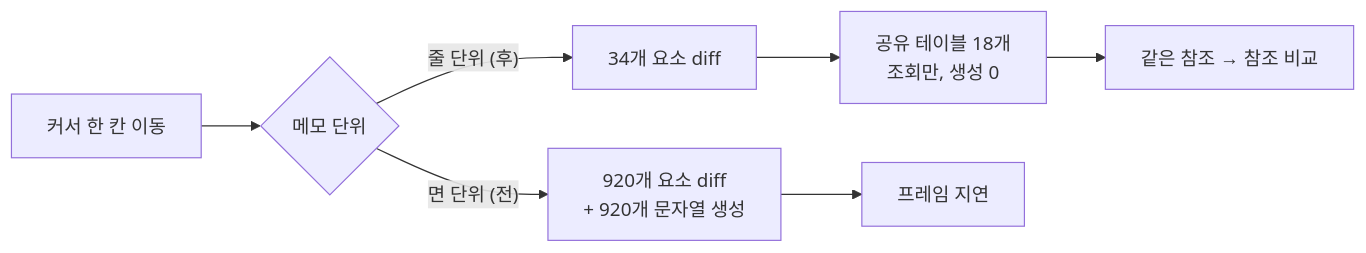
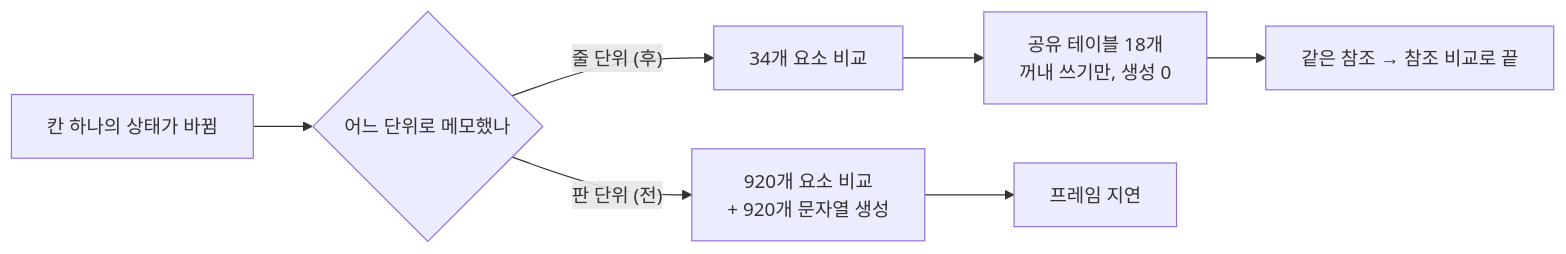
The diagram in _posts/2026-08-29-flyweight-grid-cell-class.md (Sadturtleman/sadturtleman.github.io), drawn with Mermaid before and after one commit. The commit also changed other lines of this file, not shown here.

````diff
--- a/_posts/2026-08-29-flyweight-grid-cell-class.md
+++ b/_posts/2026-08-29-flyweight-grid-cell-class.md
@@ -136,9 +145,9 @@
 ```mermaid
 flowchart LR
-    A["커서 한 칸 이동"] --> B{"메모 단위"}
-    B -->|"면 단위 (전)"| C["920개 요소 diff<br/>+ 920개 문자열 생성"]
-    B -->|"줄 단위 (후)"| D["34개 요소 diff"]
-    D --> E["공유 테이블 18개<br/>조회만, 생성 0"]
+    A["칸 하나의 상태가 바뀜"] --> B{"어느 단위로 메모했나"}
+    B -->|"판 단위 (전)"| C["920개 요소 비교<br/>+ 920개 문자열 생성"]
+    B -->|"줄 단위 (후)"| D["34개 요소 비교"]
+    D --> E["공유 테이블 18개<br/>꺼내 쓰기만, 생성 0"]
     C --> F["프레임 지연"]
-    E --> G["같은 참조 → 참조 비교"]
+    E --> G["같은 참조 → 참조 비교로 끝"]
 ```
````
